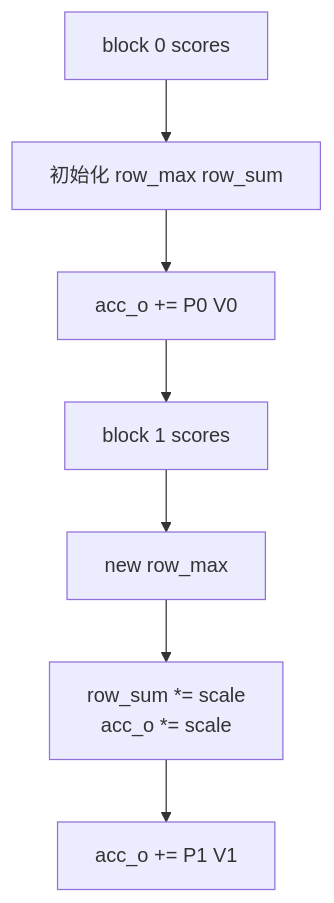
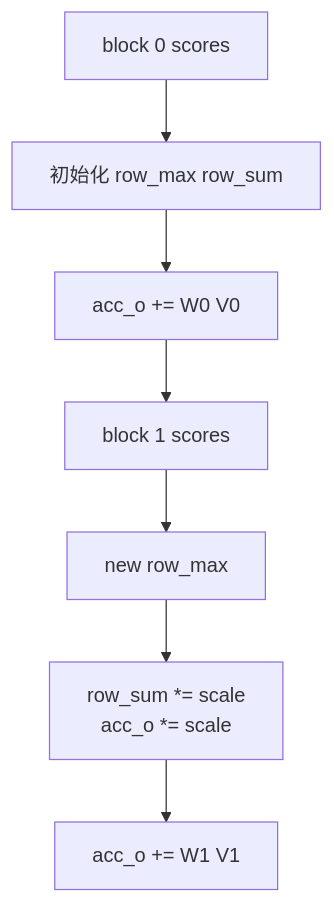
One commit to OnlyHero5/sglang-reading-vault changed the second of 3 diagrams in flash-attn_reading/原理基础/Online-Softmax/FlashAttention-Online-Softmax-数据流.md. Above: the diagram before and after it, drawn with Mermaid. The commit also changed other lines of this file and 512 other files, not shown here.

````diff
--- a/flash-attn_reading/原理基础/Online-Softmax/FlashAttention-Online-Softmax-数据流.md
+++ b/flash-attn_reading/原理基础/Online-Softmax/FlashAttention-Online-Softmax-数据流.md
@@ -71,11 +71,11 @@
 ```mermaid
 flowchart TB
     B0["block 0 scores"]
     I["初始化 row_max row_sum"]
-    V0["acc_o += P0 V0"]
+    V0["acc_o += W0 V0"]
     B1["block 1 scores"]
     M["new row_max"]
     S["row_sum *= scale<br/>acc_o *= scale"]
-    V1["acc_o += P1 V1"]
+    V1["acc_o += W1 V1"]
     B0 --> I --> V0 --> B1 --> M --> S --> V1
 ```
````
